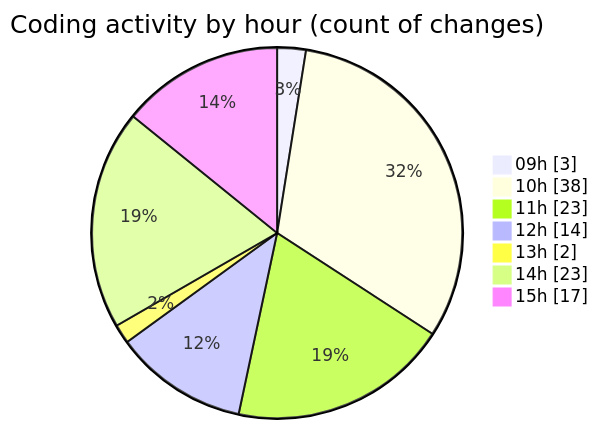
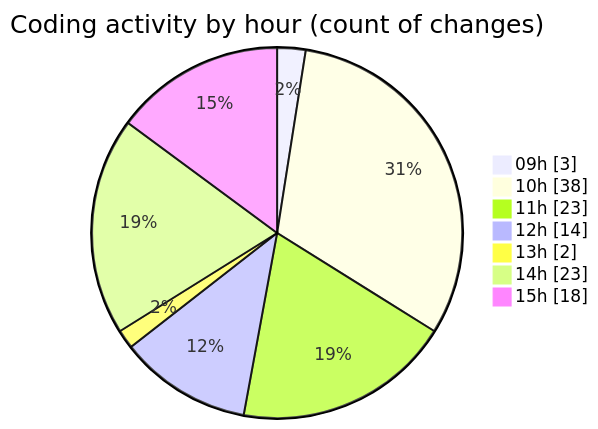
One commit to momahboobian/code-tracking changed the second of 2 diagrams in 2025-11-19/cda/README.md. Above: the diagram before and after it, drawn with Mermaid. The commit also changed other lines of this file and 1 other file, not shown here.

````diff
--- a/2025-11-19/cda/README.md
+++ b/2025-11-19/cda/README.md
@@ -33,11 +33,11 @@
 ```mermaid
 pie showData
 title Coding activity by hour (count of changes)
 "09h" : 3
 "10h" : 38
 "11h" : 23
 "12h" : 14
 "13h" : 2
 "14h" : 23
-"15h" : 17
+"15h" : 18
 ```
````
